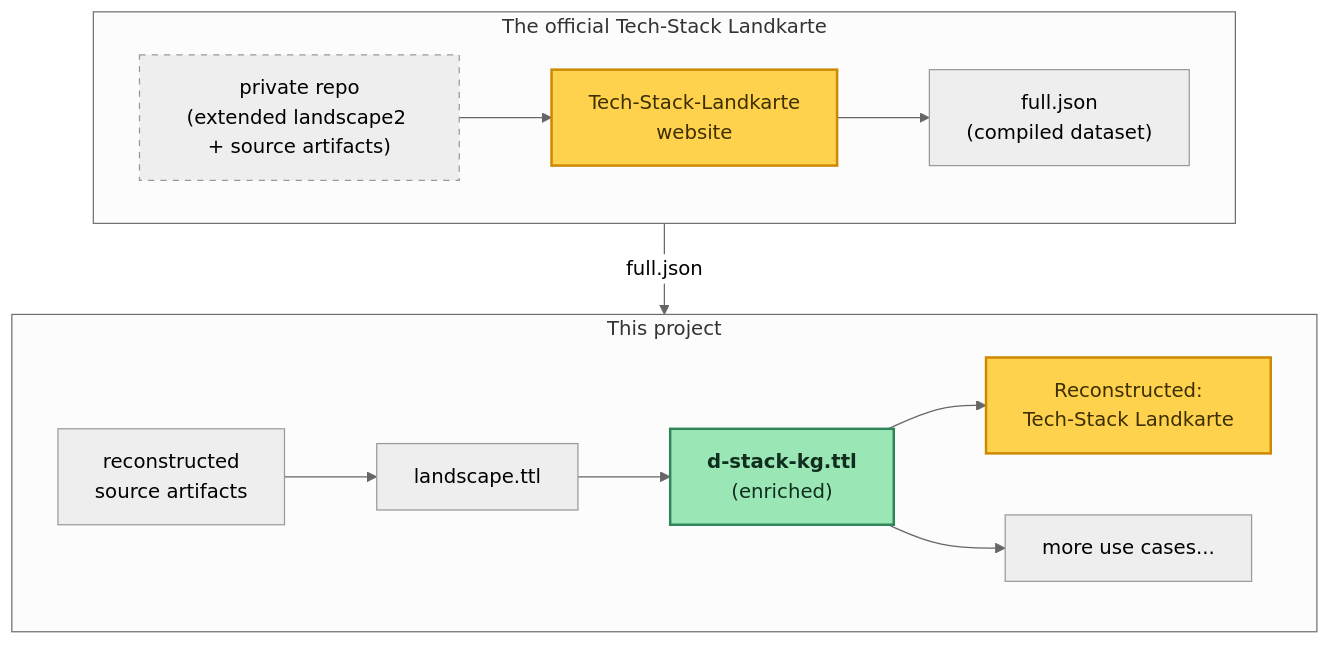
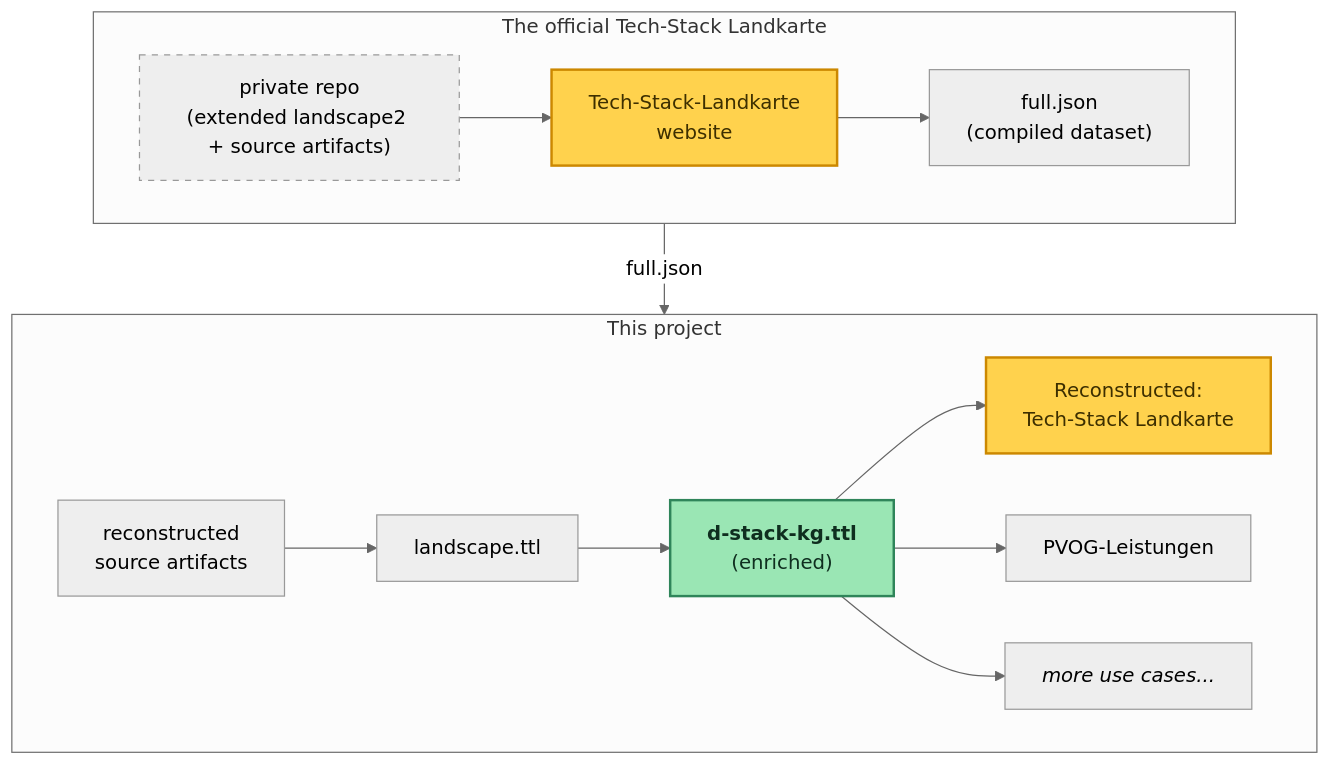
Before and after one commit to benjaminaaron/d-stack-kg: the diagram in README.md, drawn with Mermaid (neutral theme).

Commit message:
Update README.md
[skip ci]

````diff
--- a/README.md
+++ b/README.md
@@ -10,22 +10,23 @@
 ```mermaid
     flowchart TB
     subgraph sq ["The official Tech-Stack Landkarte"]
         direction LR
         repo["private repo<br/>(extended landscape2 + source artifacts)"] --> site["Tech-Stack-Landkarte<br/>website"] --> json["full.json<br/>(compiled dataset)"]
     end
     subgraph kg ["This project"]
         direction LR
         yml["reconstructed<br/>source artifacts"] --> ttl["landscape.ttl"] --> dstack["<b>d-stack-kg.ttl</b><br/>(enriched)"]
         dstack --> roundtrip["Reconstructed:</br>Tech-Stack Landkarte"]
-        dstack --> more["more use cases..."]
+        dstack --> leistungen["PVOG-Leistungen"]
+        dstack --> more["<i>more use cases...</i>"]
     end
     sq -- "full.json" --> kg
 
     classDef private stroke-dasharray:5 5
     classDef key fill:#ffd24d,stroke:#cc8800,color:#3d2f00,stroke-width:2px
     classDef goal fill:#9ae6b4,stroke:#2f855a,color:#0f2e1f,stroke-width:2px
     class repo private
     class site key
     class roundtrip key
     class dstack goal
 ```
````
